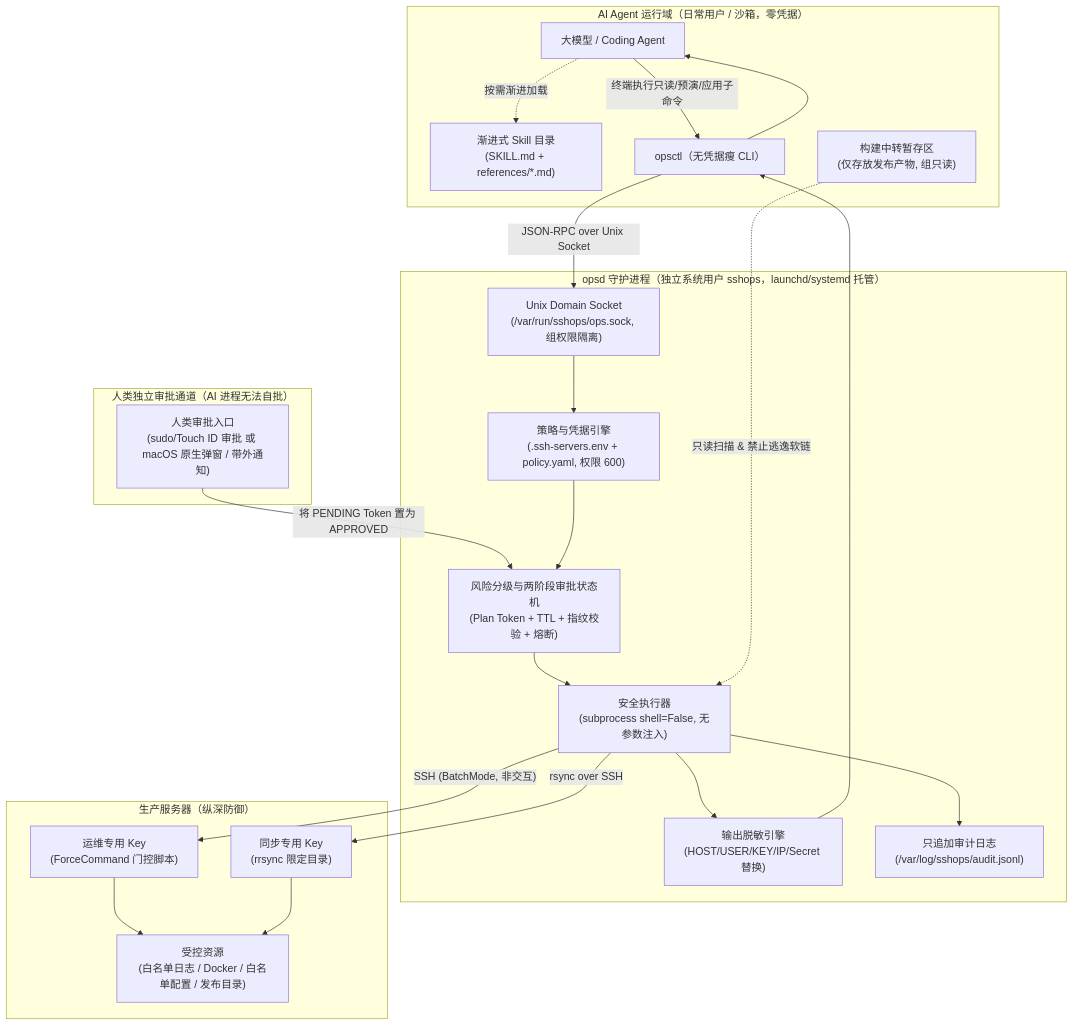
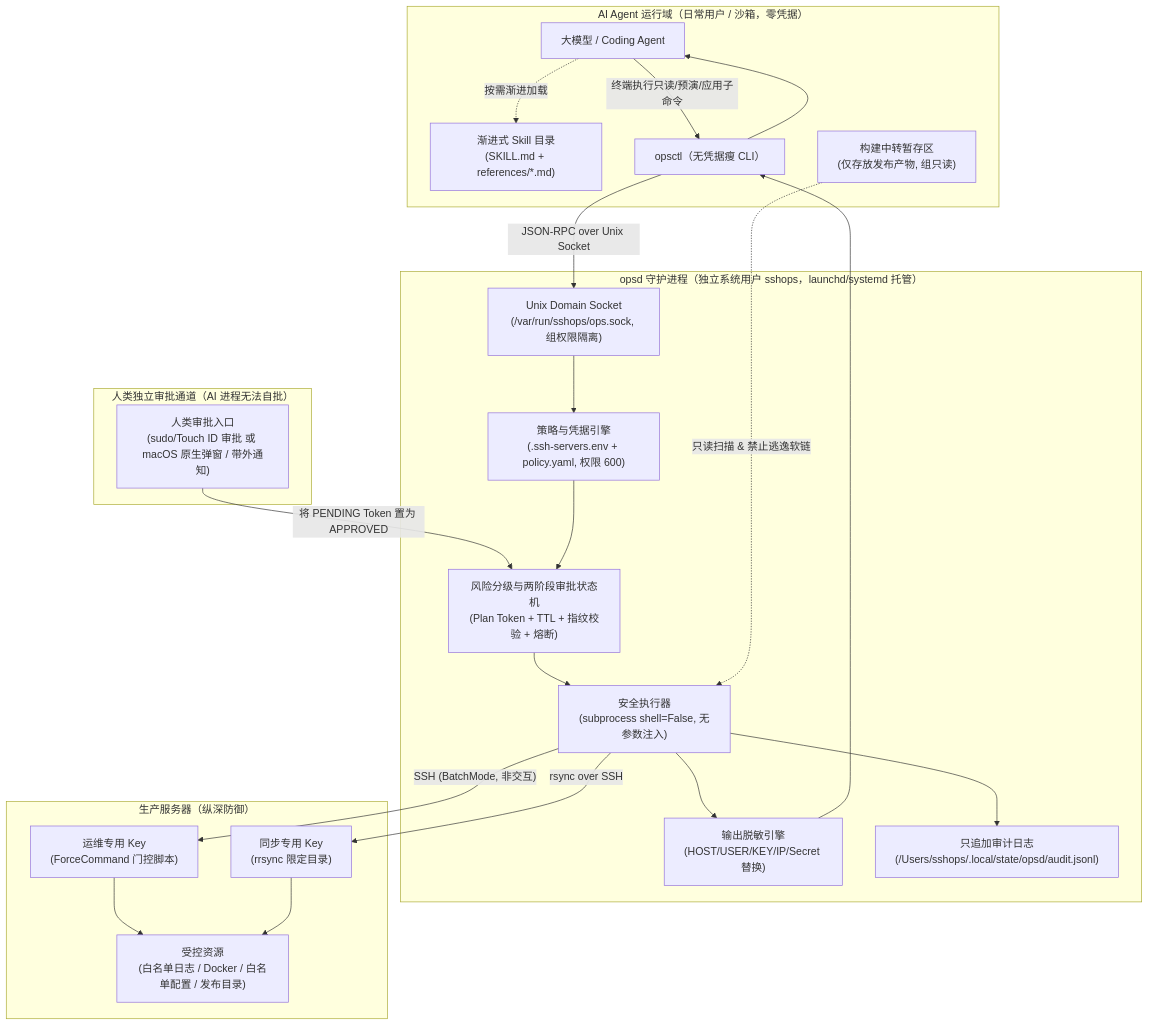
The diagram in DESIGN.md (imwilliamxy/safe-server-ops-skills), drawn with Mermaid before and after one commit. The commit also changed other lines of this file and 1 other file, not shown here.

````diff
--- a/DESIGN.md
+++ b/DESIGN.md
@@ -43,41 +43,41 @@
 ```mermaid
 flowchart TB
     subgraph AgentZone["AI Agent 运行域（日常用户 / 沙箱，零凭据）"]
         LLM["大模型 / Coding Agent"]
         Skill["渐进式 Skill 目录<br/>(SKILL.md + references/*.md)"]
         CLI["opsctl（无凭据瘦 CLI）"]
         Staging["构建中转暂存区<br/>(仅存放发布产物, 组只读)"]
     end
 
     subgraph HumanZone["人类独立审批通道（AI 进程无法自批）"]
         Approve["人类审批入口<br/>(sudo/Touch ID 审批 或 macOS 原生弹窗 / 带外通知)"]
     end
 
     subgraph DaemonZone["opsd 守护进程（独立系统用户 sshops，launchd/systemd 托管）"]
         Sock["Unix Domain Socket<br/>(/var/run/sshops/ops.sock, 组权限隔离)"]
         Policy["策略与凭据引擎<br/>(.ssh-servers.env + policy.yaml, 权限 600)"]
         Gate["风险分级与两阶段审批状态机<br/>(Plan Token + TTL + 指纹校验 + 熔断)"]
         Exec["安全执行器<br/>(subprocess shell=False, 无参数注入)"]
         Redact["输出脱敏引擎<br/>(HOST/USER/KEY/IP/Secret 替换)"]
-        Audit["只追加审计日志<br/>(/var/log/sshops/audit.jsonl)"]
+        Audit["只追加审计日志<br/>(/Users/sshops/.local/state/opsd/audit.jsonl)"]
     end
 
     subgraph ProdZone["生产服务器（纵深防御）"]
         OpsKey["运维专用 Key<br/>(ForceCommand 门控脚本)"]
         SyncKey["同步专用 Key<br/>(rrsync 限定目录)"]
         Services["受控资源<br/>(白名单日志 / Docker / 白名单配置 / 发布目录)"]
     end
 
     LLM -. "按需渐进加载" .-> Skill
     LLM -- "终端执行只读/预演/应用子命令" --> CLI
     CLI -- "JSON-RPC over Unix Socket" --> Sock
     Approve -- "将 PENDING Token 置为 APPROVED" --> Gate
 
     Sock --> Policy --> Gate --> Exec
     Staging -. "只读扫描 & 禁止逃逸软链" .-> Exec
     Exec --> Redact --> CLI --> LLM
     Exec --> Audit
 
     Exec -- "SSH (BatchMode, 非交互)" --> OpsKey --> Services
     Exec -- "rsync over SSH" --> SyncKey --> Services
 ```
````
